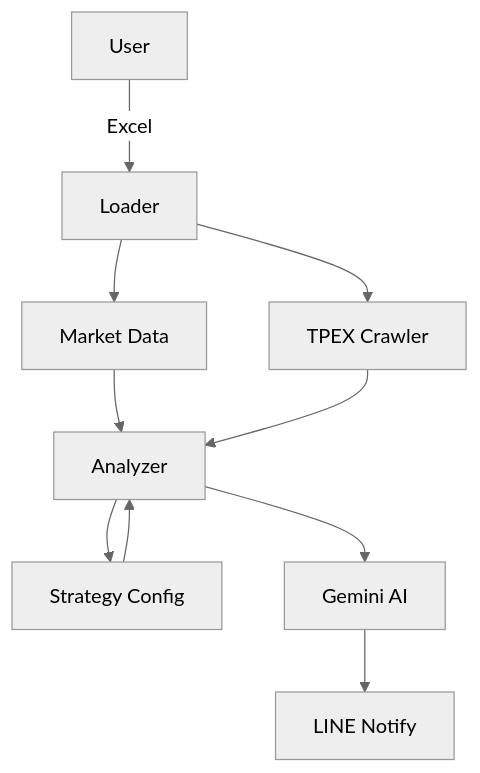
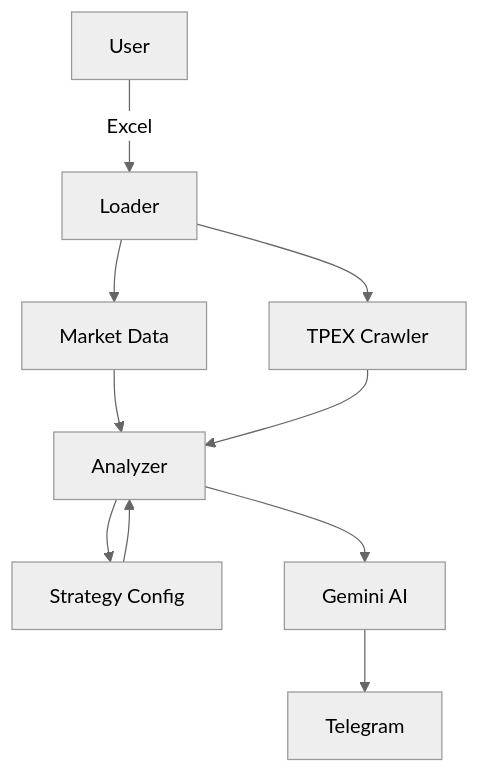
Before and after one commit to georgeai19840928-ai/CBAS_Project: the diagram in docs_architecture.md, drawn with Mermaid (neutral theme). The commit also changed other lines of this file and 14 other files, not shown here.

````diff
--- a/docs_architecture.md
+++ b/docs_architecture.md
@@ -14,12 +14,12 @@
 ```mermaid
 graph TD
     User[User] -->|Excel| Loader
     Loader --> Market[Market Data]
     Loader --> TPEX[TPEX Crawler]
     Market --> Analyzer
     TPEX --> Analyzer
     Analyzer --> Config[Strategy Config]
     Config --> Analyzer
     Analyzer --> AI[Gemini AI]
-    AI --> Notify[LINE Notify]
+    AI --> Notify[Telegram]
 ```
````
